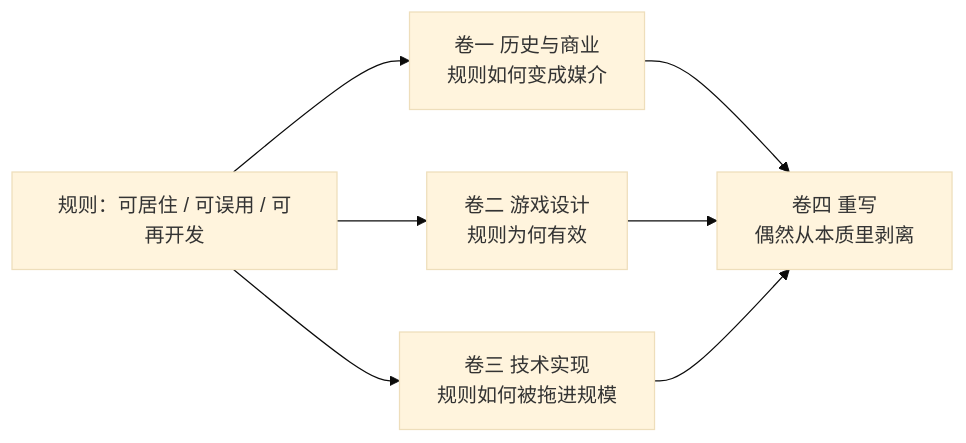
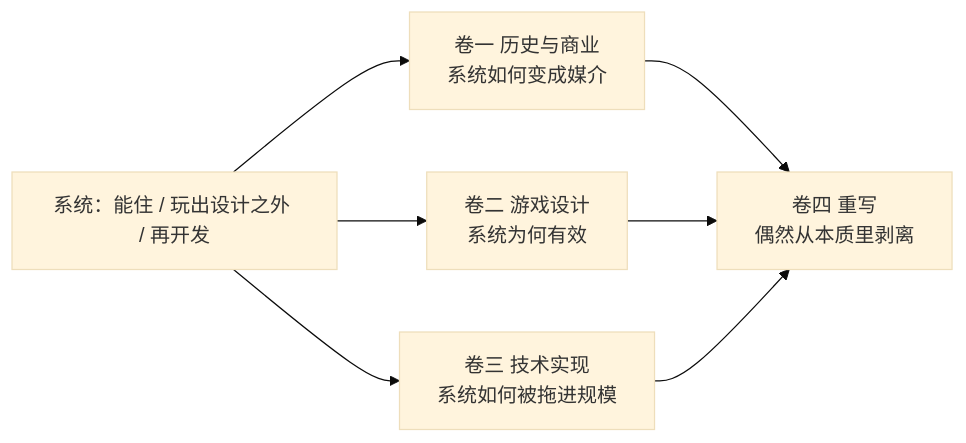
The diagram in docs/prelude/thesis.mdx (Dreamtowards/Thinking-In-Minecraft), drawn with Mermaid (base theme) before and after one commit. The commit also changed other lines of this file and 18 other files, not shown here.

````diff
--- a/docs/prelude/thesis.mdx
+++ b/docs/prelude/thesis.mdx
@@ -44,15 +50,15 @@
 ```mermaid
 flowchart LR
-  rules["规则：可居住 / 可误用 / 可再开发"]
-  v1["卷一 历史与商业<br/>规则如何变成媒介"]
-  v2["卷二 游戏设计<br/>规则为何有效"]
-  v3["卷三 技术实现<br/>规则如何被拖进规模"]
+  sys["系统：能住 / 玩出设计之外 / 再开发"]
+  v1["卷一 历史与商业<br/>系统如何变成媒介"]
+  v2["卷二 游戏设计<br/>系统为何有效"]
+  v3["卷三 技术实现<br/>系统如何被拖进规模"]
   v4["卷四 重写<br/>偶然从本质里剥离"]
 
-  rules --> v1
-  rules --> v2
-  rules --> v3
+  sys --> v1
+  sys --> v2
+  sys --> v3
   v1 --> v4
   v2 --> v4
   v3 --> v4
 ```
````
